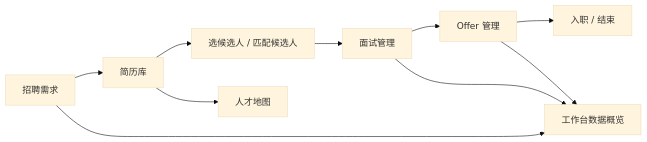
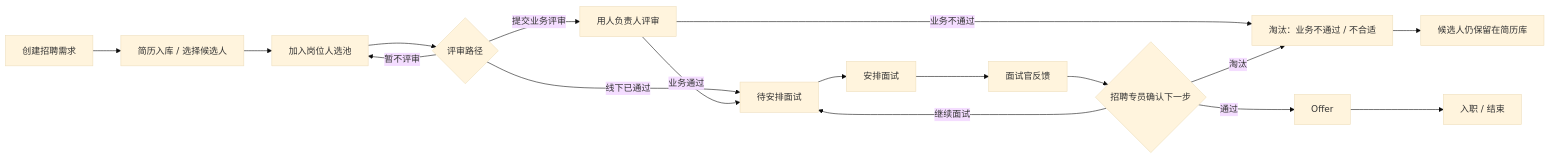
Before and after one commit to hl13544175837-coder/jia-ke-chong-review: the diagram in docs/11_产品交互逻辑文档.md, drawn with Mermaid (base theme). The commit also changed other lines of this file and 23 other files, not shown here.

````diff
--- a/docs/11_产品交互逻辑文档.md
+++ b/docs/11_产品交互逻辑文档.md
@@ -28,12 +34,19 @@
 ```mermaid
 flowchart LR
-  A["招聘需求"] --> B["简历库"]
-  B --> C["选候选人 / 匹配候选人"]
-  C --> D["面试管理"]
-  D --> E["Offer 管理"]
-  E --> F["入职 / 结束"]
-  B --> G["人才地图"]
-  A --> H["工作台数据概览"]
-  D --> H
-  E --> H
+  A["创建招聘需求"] --> B["简历入库 / 选择候选人"]
+  B --> C["加入岗位人选池"]
+  C --> D{"评审路径"}
+  D -->|"提交业务评审"| E["用人负责人评审"]
+  D -->|"线下已通过"| G["待安排面试"]
+  D -->|"暂不评审"| C
+  E -->|"业务通过"| G
+  E -->|"业务不通过"| F["淘汰：业务不通过 / 不合适"]
+  F --> R["候选人仍保留在简历库"]
+  G --> H["安排面试"]
+  H --> I["面试官反馈"]
+  I --> J{"招聘专员确认下一步"}
+  J -->|"继续面试"| G
+  J -->|"淘汰"| F
+  J -->|"通过"| K["Offer"]
+  K --> L["入职 / 结束"]
 ```
````
